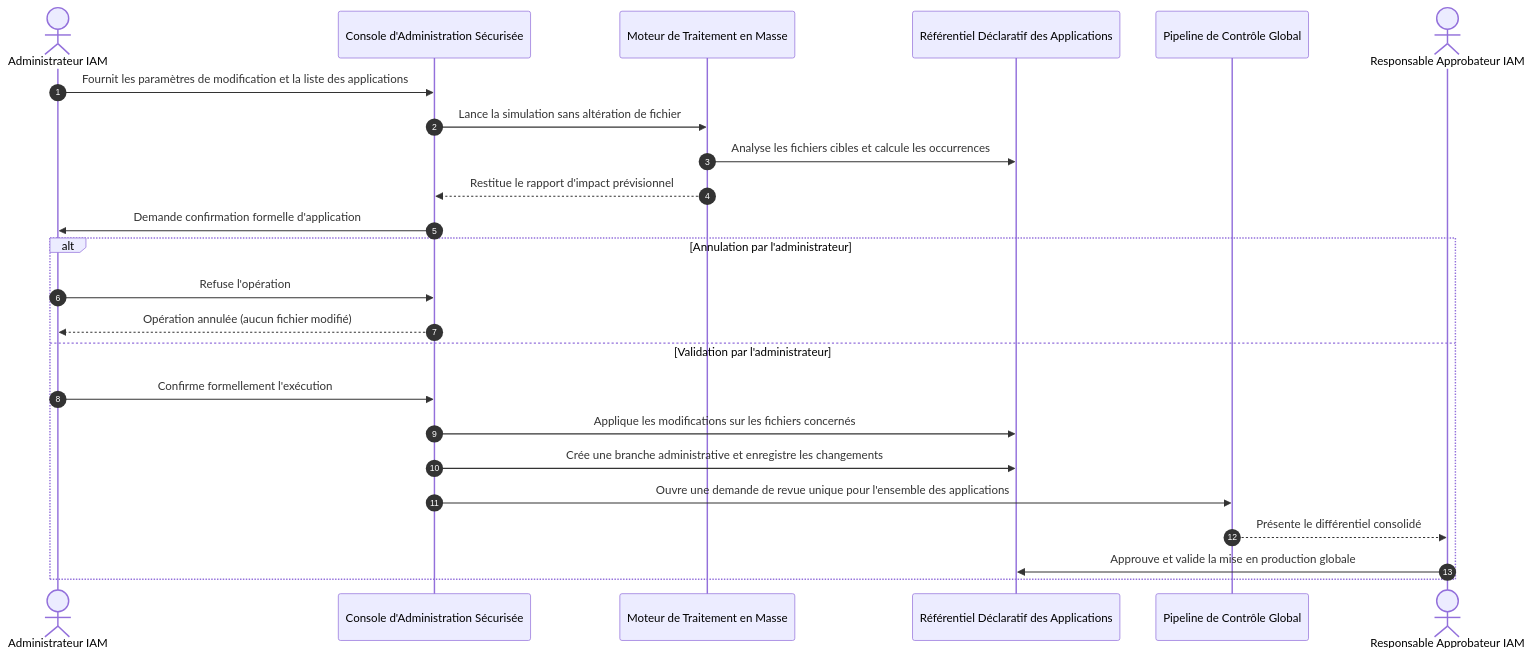
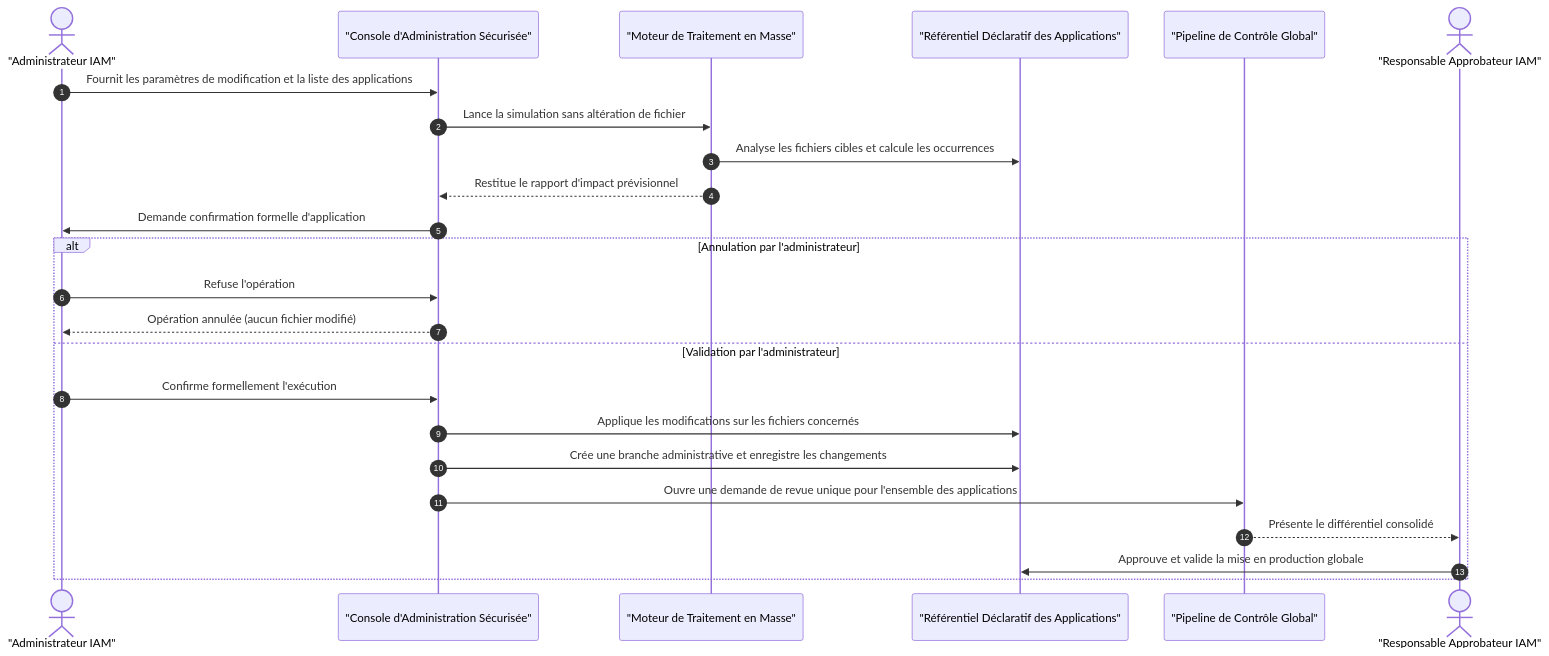
The second of 5 diagrams in docs/HLD_STRATEGIE_IMPLEMENTATION.md (MonEntreprise2-0/Test-EntraID), drawn with Mermaid before and after one commit. The commit also changed other lines of this file, not shown here.

Commit message:
fix(docs): resolve Mermaid syntax error on GitFlow diagram and quote participant labels

````diff
--- a/docs/HLD_STRATEGIE_IMPLEMENTATION.md
+++ b/docs/HLD_STRATEGIE_IMPLEMENTATION.md
@@ -206,29 +206,29 @@
 ```mermaid
 sequenceDiagram
     autonumber
-    actor Admin as Administrateur IAM
-    participant OutilAdmin as Console d'Administration Sécurisée
-    participant MoteurModif as Moteur de Traitement en Masse
-    participant Referentiel as Référentiel Déclaratif des Applications
-    participant CI as Pipeline de Contrôle Global
-    actor ResponsableIAM as Responsable Approbateur IAM
+    actor Admin as "Administrateur IAM"
+    participant OutilAdmin as "Console d'Administration Sécurisée"
+    participant MoteurModif as "Moteur de Traitement en Masse"
+    participant Referentiel as "Référentiel Déclaratif des Applications"
+    participant CI as "Pipeline de Contrôle Global"
+    actor ResponsableIAM as "Responsable Approbateur IAM"
 
     Admin->>OutilAdmin: Fournit les paramètres de modification et la liste des applications
     OutilAdmin->>MoteurModif: Lance la simulation sans altération de fichier
     MoteurModif->>Referentiel: Analyse les fichiers cibles et calcule les occurrences
     MoteurModif-->>OutilAdmin: Restitue le rapport d'impact prévisionnel
     
     OutilAdmin->>Admin: Demande confirmation formelle d'application
     
     alt Annulation par l'administrateur
         Admin->>OutilAdmin: Refuse l'opération
         OutilAdmin-->>Admin: Opération annulée (aucun fichier modifié)
     else Validation par l'administrateur
         Admin->>OutilAdmin: Confirme formellement l'exécution
         OutilAdmin->>Referentiel: Applique les modifications sur les fichiers concernés
         OutilAdmin->>Referentiel: Crée une branche administrative et enregistre les changements
         OutilAdmin->>CI: Ouvre une demande de revue unique pour l'ensemble des applications
         CI-->>ResponsableIAM: Présente le différentiel consolidé
         ResponsableIAM->>Referentiel: Approuve et valide la mise en production globale
     end
 ```
````
